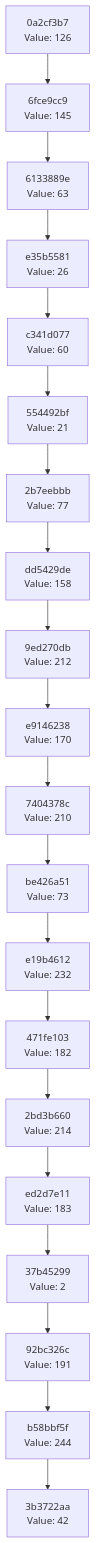
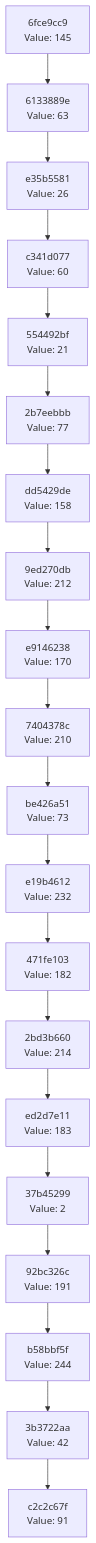
Before and after one commit to Abhisheksinha1506/hash-chain-evolver: the diagram in docs/CHAIN_VISUALIZATION.md, drawn with Mermaid. The commit also changed 3 other files, not shown here.

````diff
--- a/docs/CHAIN_VISUALIZATION.md
+++ b/docs/CHAIN_VISUALIZATION.md
@@ -3,42 +3,42 @@
 ```mermaid
 graph TD
-    C0["3b3722aa<br/>Value: 42"]
-    C1["b58bbf5f<br/>Value: 244"]
+    C0["c2c2c67f<br/>Value: 91"]
+    C1["3b3722aa<br/>Value: 42"]
     C1 --> C0
-    C2["92bc326c<br/>Value: 191"]
+    C2["b58bbf5f<br/>Value: 244"]
     C2 --> C1
-    C3["37b45299<br/>Value: 2"]
+    C3["92bc326c<br/>Value: 191"]
     C3 --> C2
-    C4["ed2d7e11<br/>Value: 183"]
+    C4["37b45299<br/>Value: 2"]
     C4 --> C3
-    C5["2bd3b660<br/>Value: 214"]
+    C5["ed2d7e11<br/>Value: 183"]
     C5 --> C4
-    C6["471fe103<br/>Value: 182"]
+    C6["2bd3b660<br/>Value: 214"]
     C6 --> C5
-    C7["e19b4612<br/>Value: 232"]
+    C7["471fe103<br/>Value: 182"]
     C7 --> C6
-    C8["be426a51<br/>Value: 73"]
+    C8["e19b4612<br/>Value: 232"]
     C8 --> C7
-    C9["7404378c<br/>Value: 210"]
+    C9["be426a51<br/>Value: 73"]
     C9 --> C8
-    C10["e9146238<br/>Value: 170"]
+    C10["7404378c<br/>Value: 210"]
     C10 --> C9
-    C11["9ed270db<br/>Value: 212"]
+    C11["e9146238<br/>Value: 170"]
     C11 --> C10
-    C12["dd5429de<br/>Value: 158"]
+    C12["9ed270db<br/>Value: 212"]
     C12 --> C11
-    C13["2b7eebbb<br/>Value: 77"]
+    C13["dd5429de<br/>Value: 158"]
     C13 --> C12
-    C14["554492bf<br/>Value: 21"]
+    C14["2b7eebbb<br/>Value: 77"]
     C14 --> C13
-    C15["c341d077<br/>Value: 60"]
+    C15["554492bf<br/>Value: 21"]
     C15 --> C14
-    C16["e35b5581<br/>Value: 26"]
+    C16["c341d077<br/>Value: 60"]
     C16 --> C15
-    C17["6133889e<br/>Value: 63"]
+    C17["e35b5581<br/>Value: 26"]
     C17 --> C16
-    C18["6fce9cc9<br/>Value: 145"]
+    C18["6133889e<br/>Value: 63"]
     C18 --> C17
-    C19["0a2cf3b7<br/>Value: 126"]
+    C19["6fce9cc9<br/>Value: 145"]
     C19 --> C18
 ```
````
